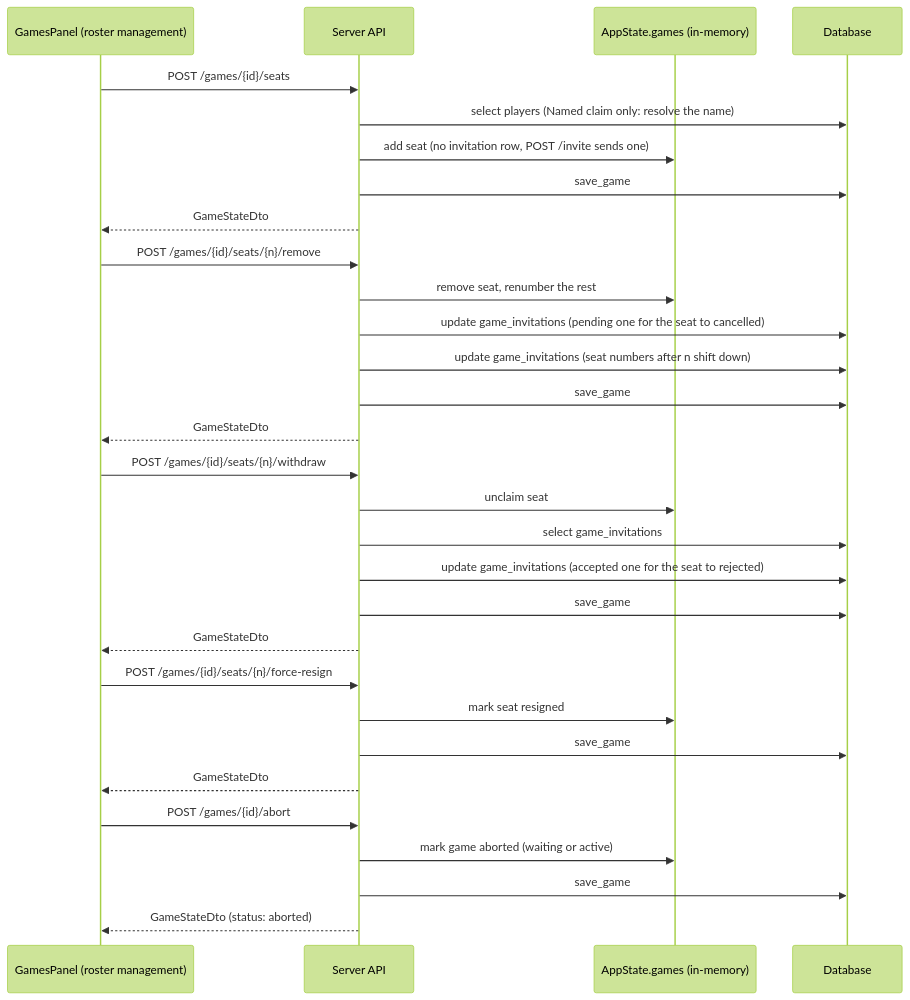
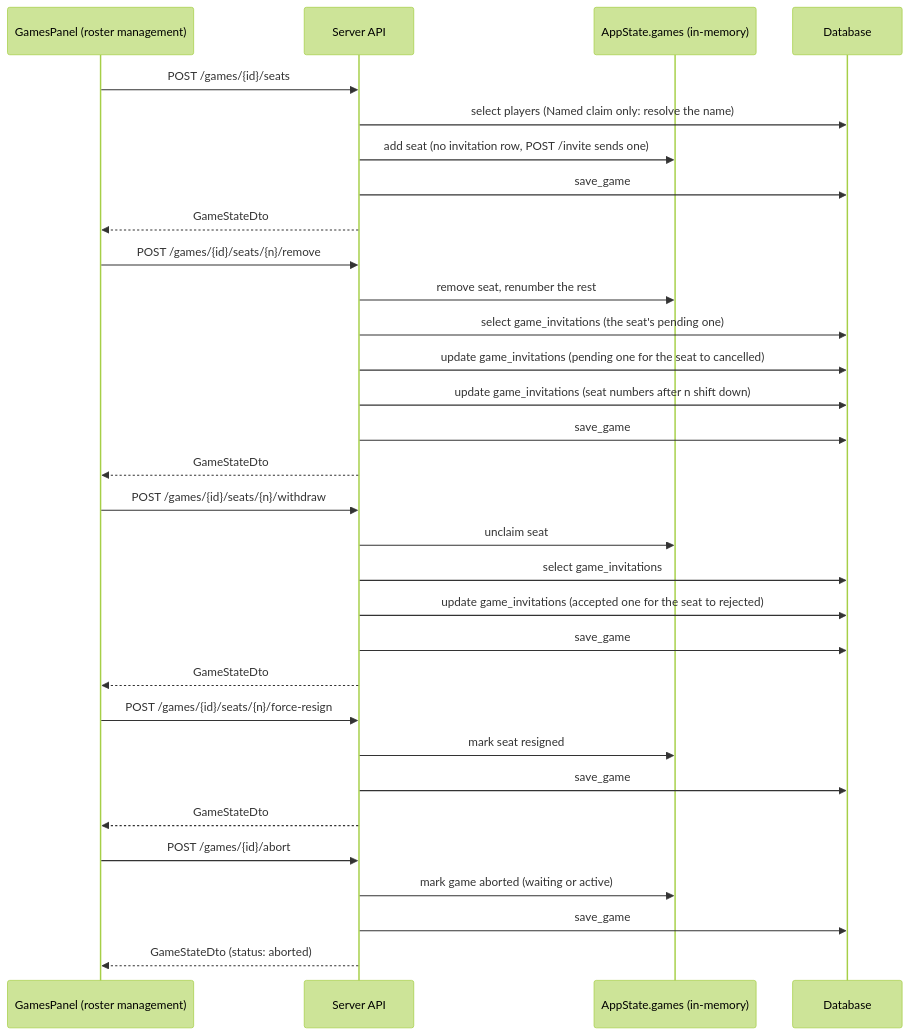
The seventh of 9 diagrams in docs/4.4.3-api-schema.md (delphside/tile-lite-elite), drawn with Mermaid (forest theme) before and after one commit. The commit also changed other lines of this file and 3 other files, not shown here.

````diff
--- a/docs/4.4.3-api-schema.md
+++ b/docs/4.4.3-api-schema.md
@@ -998,37 +1035,38 @@
 ```mermaid
 sequenceDiagram
     participant Games as GamesPanel (roster management)
     participant API as Server API
     participant Mem as AppState.games (in-memory)
     participant DB as Database
 
     Games->>API: POST /games/{id}/seats
     API->>DB: select players (Named claim only: resolve the name)
     API->>Mem: add seat (no invitation row, POST /invite sends one)
     API->>DB: save_game
     API-->>Games: GameStateDto
 
     Games->>API: POST /games/{id}/seats/{n}/remove
     API->>Mem: remove seat, renumber the rest
+    API->>DB: select game_invitations (the seat's pending one)
     API->>DB: update game_invitations (pending one for the seat to cancelled)
     API->>DB: update game_invitations (seat numbers after n shift down)
     API->>DB: save_game
     API-->>Games: GameStateDto
 
     Games->>API: POST /games/{id}/seats/{n}/withdraw
     API->>Mem: unclaim seat
     API->>DB: select game_invitations
     API->>DB: update game_invitations (accepted one for the seat to rejected)
     API->>DB: save_game
     API-->>Games: GameStateDto
 
     Games->>API: POST /games/{id}/seats/{n}/force-resign
     API->>Mem: mark seat resigned
     API->>DB: save_game
     API-->>Games: GameStateDto
 
     Games->>API: POST /games/{id}/abort
     API->>Mem: mark game aborted (waiting or active)
     API->>DB: save_game
     API-->>Games: GameStateDto (status: aborted)
 ```
````
